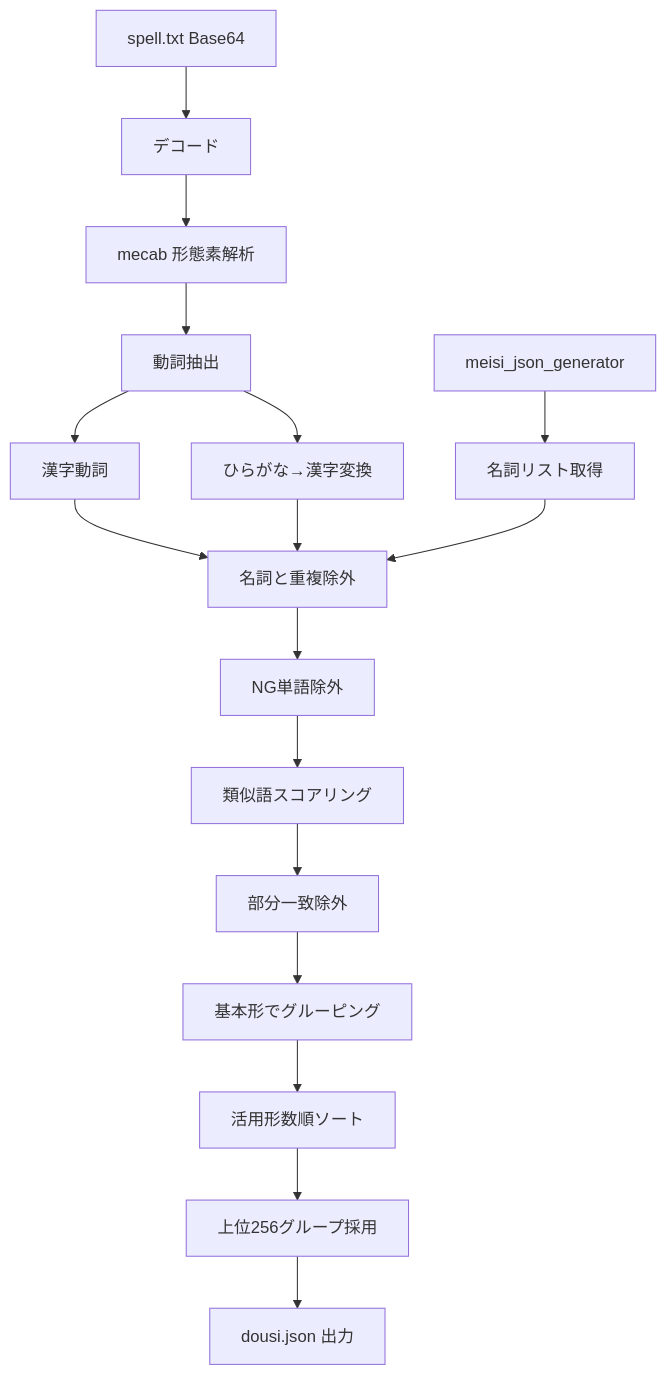
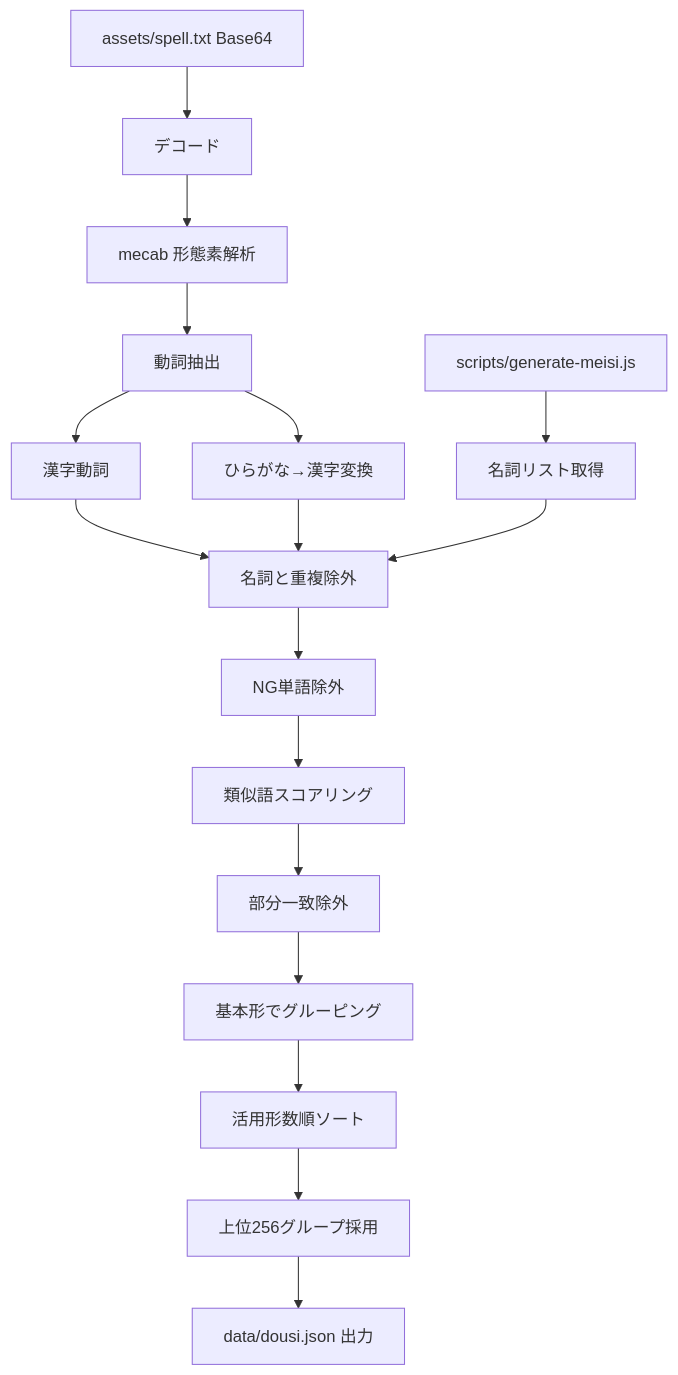
The fourth of 11 diagrams in docs/dictionary-generation.md (amanoese/yukichant), drawn with Mermaid before and after one commit. The commit also changed other lines of this file and 9 other files, not shown here.

````diff
--- a/docs/dictionary-generation.md
+++ b/docs/dictionary-generation.md
@@ -180,19 +180,19 @@
 ```mermaid
 flowchart TD
-    A[meisi_json_generator] --> B[名詞リスト取得]
-    C[spell.txt Base64] --> D[デコード]
+    A[scripts/generate-meisi.js] --> B[名詞リスト取得]
+    C[assets/spell.txt Base64] --> D[デコード]
     D --> E[mecab 形態素解析]
     E --> F[動詞抽出]
     F --> F1[漢字動詞]
     F --> F2[ひらがな→漢字変換]
     F1 --> G[名詞と重複除外]
     F2 --> G
     B --> G
     G --> H[NG単語除外]
     H --> I[類似語スコアリング]
     I --> J[部分一致除外]
     J --> K[基本形でグルーピング]
     K --> L[活用形数順ソート]
     L --> M[上位256グループ採用]
-    M --> N[dousi.json 出力]
+    M --> N[data/dousi.json 出力]
 ```
````
